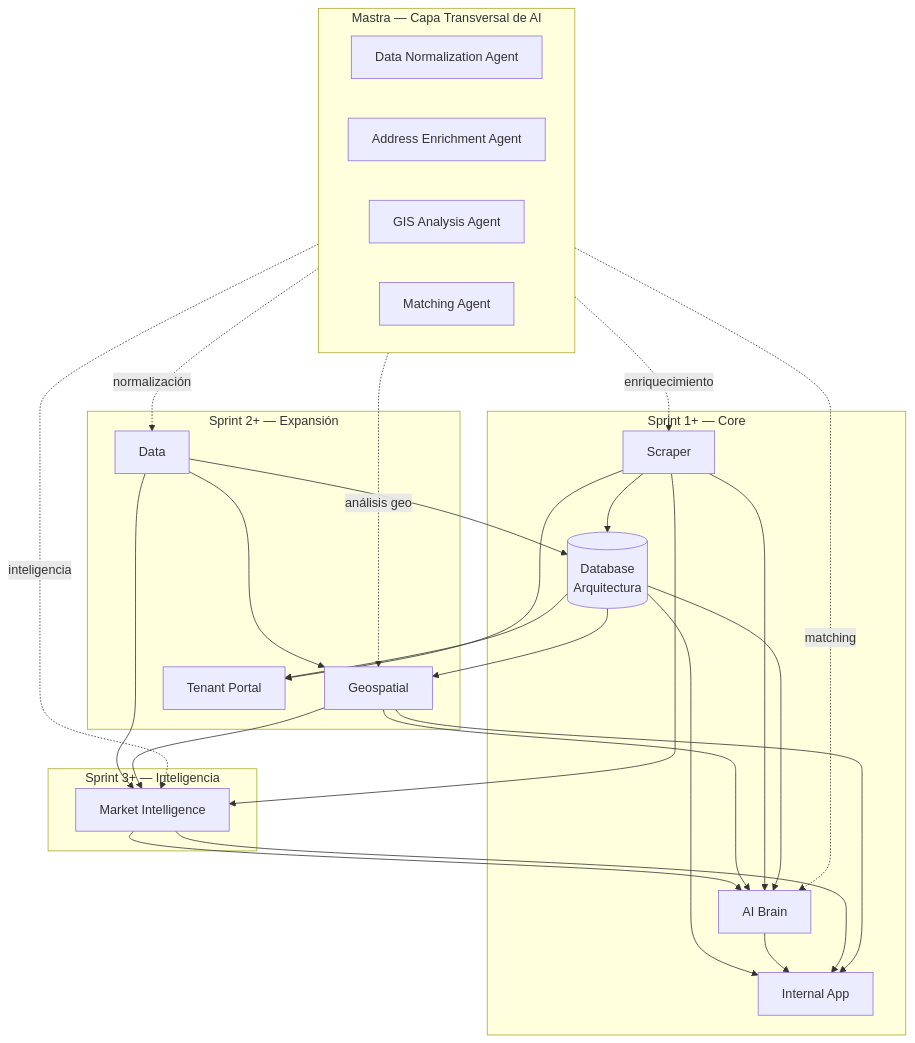
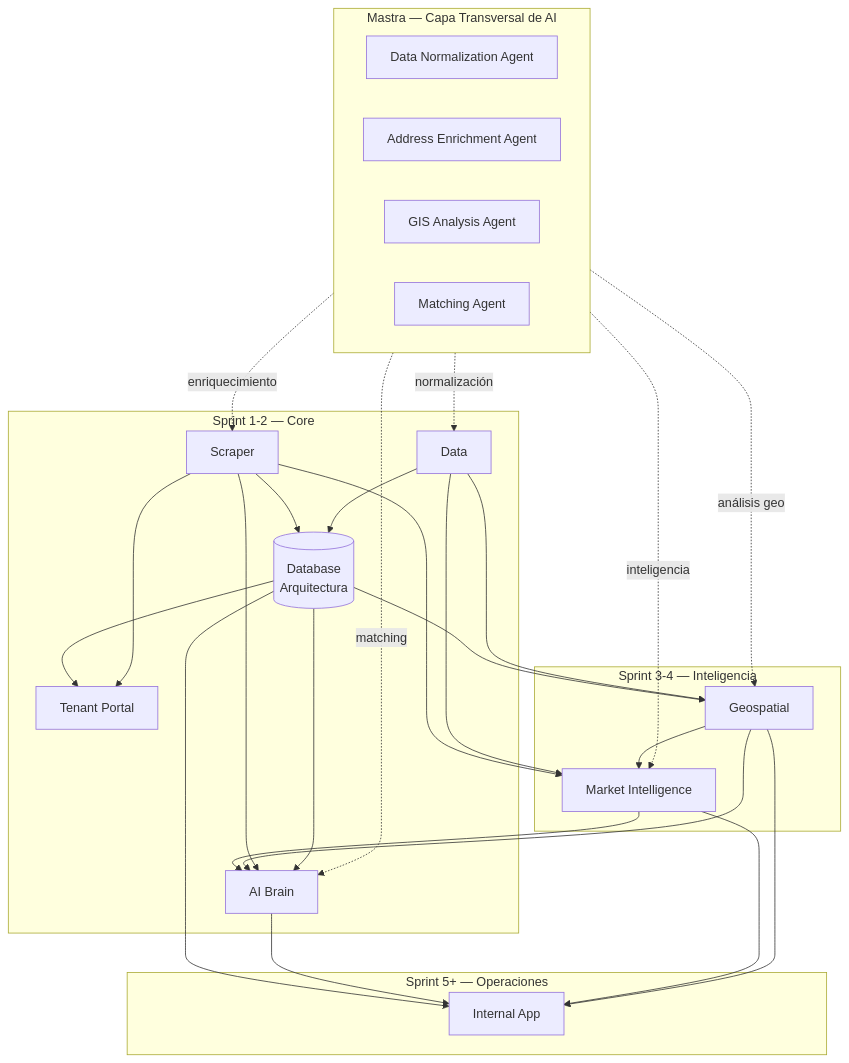
The diagram in 01-Modules/README.md (pablo-beiqa/beiqa-real-estate-platform), drawn with Mermaid before and after one commit. The commit also changed other lines of this file and 5 other files, not shown here.

````diff
--- a/01-Modules/README.md
+++ b/01-Modules/README.md
@@ -55,51 +58,51 @@
 ```mermaid
 flowchart TD
     subgraph MASTRA["Mastra — Capa Transversal de AI"]
         direction LR
         MA_NORM[Data Normalization Agent]
         MA_ADDR[Address Enrichment Agent]
         MA_GIS[GIS Analysis Agent]
         MA_MATCH[Matching Agent]
     end
 
-    subgraph S1["Sprint 1+ — Core"]
+    subgraph S1["Sprint 1-2 — Core"]
         SCR[Scraper]
         DB[(Database<br/>Arquitectura)]
-        APP[Internal App]
+        DATA[Data]
         AI[AI Brain]
-    end
-
-    subgraph S2["Sprint 2+ — Expansión"]
-        DATA[Data]
-        GEO[Geospatial]
         TP[Tenant Portal]
     end
 
-    subgraph S3["Sprint 3+ — Inteligencia"]
+    subgraph S2["Sprint 3-4 — Inteligencia"]
+        GEO[Geospatial]
         MI[Market Intelligence]
+    end
+
+    subgraph S3["Sprint 5+ — Operaciones"]
+        APP[Internal App]
     end
 
     MASTRA -.->|enriquecimiento| SCR
     MASTRA -.->|normalización| DATA
     MASTRA -.->|análisis geo| GEO
     MASTRA -.->|matching| AI
     MASTRA -.->|inteligencia| MI
 
     SCR --> DB
     DATA --> DB
     DB --> APP
     DB --> GEO
     DB --> TP
     SCR --> MI
     SCR --> TP
     DATA --> MI
     DATA --> GEO
     GEO --> MI
     MI --> AI
     GEO --> AI
     SCR --> AI
     DB --> AI
     AI --> APP
     MI --> APP
     GEO --> APP
 ```
````
